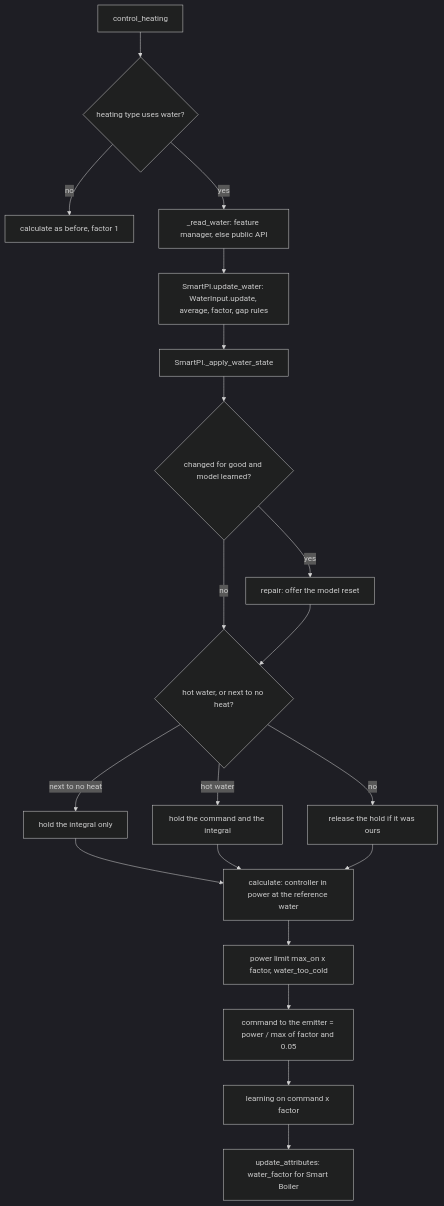
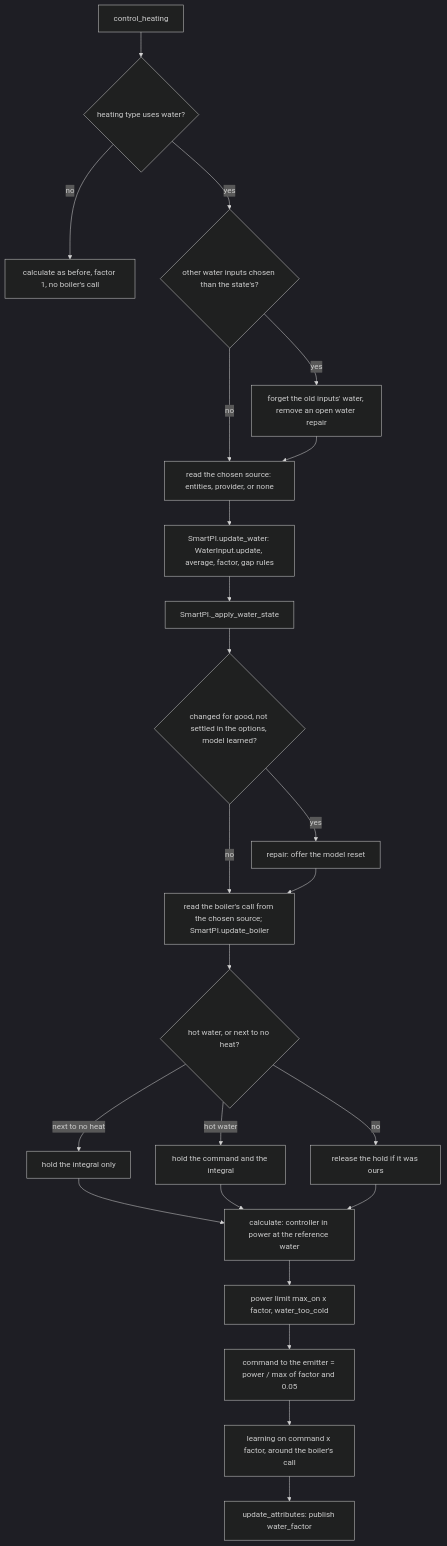
Before and after one commit to Shadow-230/vtherm_smartpi: the sixth of 6 diagrams in documentation/en/water_input.md, drawn with Mermaid (dark theme). The commit also changed other lines of this file and 85 other files, not shown here.

````diff
--- a/documentation/en/water_input.md
+++ b/documentation/en/water_input.md
@@ -460,22 +664,26 @@
 ```mermaid
 flowchart TD
     A[control_heating] --> B{heating type uses water?}
-    B -- no --> K[calculate as before, factor 1]
-    B -- yes --> C[_read_water: feature manager, else public API]
-    C --> D[SmartPI.update_water: WaterInput.update, average, factor, gap rules]
+    B -- no --> K[calculate as before, factor 1, no boiler's call]
+    B -- yes --> C{other water inputs chosen than the state's?}
+    C -- yes --> C0[forget the old inputs' water, remove an open water repair]
+    C -- no --> C1[read the chosen source: entities, provider, or none]
+    C0 --> C1
+    C1 --> D[SmartPI.update_water: WaterInput.update, average, factor, gap rules]
     D --> G[SmartPI._apply_water_state]
-    G --> E{changed for good and model learned?}
+    G --> E{changed for good, not settled in the options, model learned?}
     E -- yes --> F[repair: offer the model reset]
-    E -- no --> H{hot water, or next to no heat?}
-    F --> H
+    E -- no --> BC
+    F --> BC[read the boiler's call from the chosen source; SmartPI.update_boiler]
+    BC --> H{hot water, or next to no heat?}
     H -- hot water --> I[hold the command and the integral]
     H -- next to no heat --> I2[hold the integral only]
     H -- no --> J[release the hold if it was ours]
     I2 --> K2
     I --> K2[calculate: controller in power at the reference water]
     J --> K2
     K2 --> L[power limit max_on x factor, water_too_cold]
     L --> M[command to the emitter = power / max of factor and 0.05]
-    M --> N[learning on command x factor]
-    N --> O[update_attributes: water_factor for Smart Boiler]
+    M --> N[learning on command x factor, around the boiler's call]
+    N --> O[update_attributes: publish water_factor]
 ```
````
